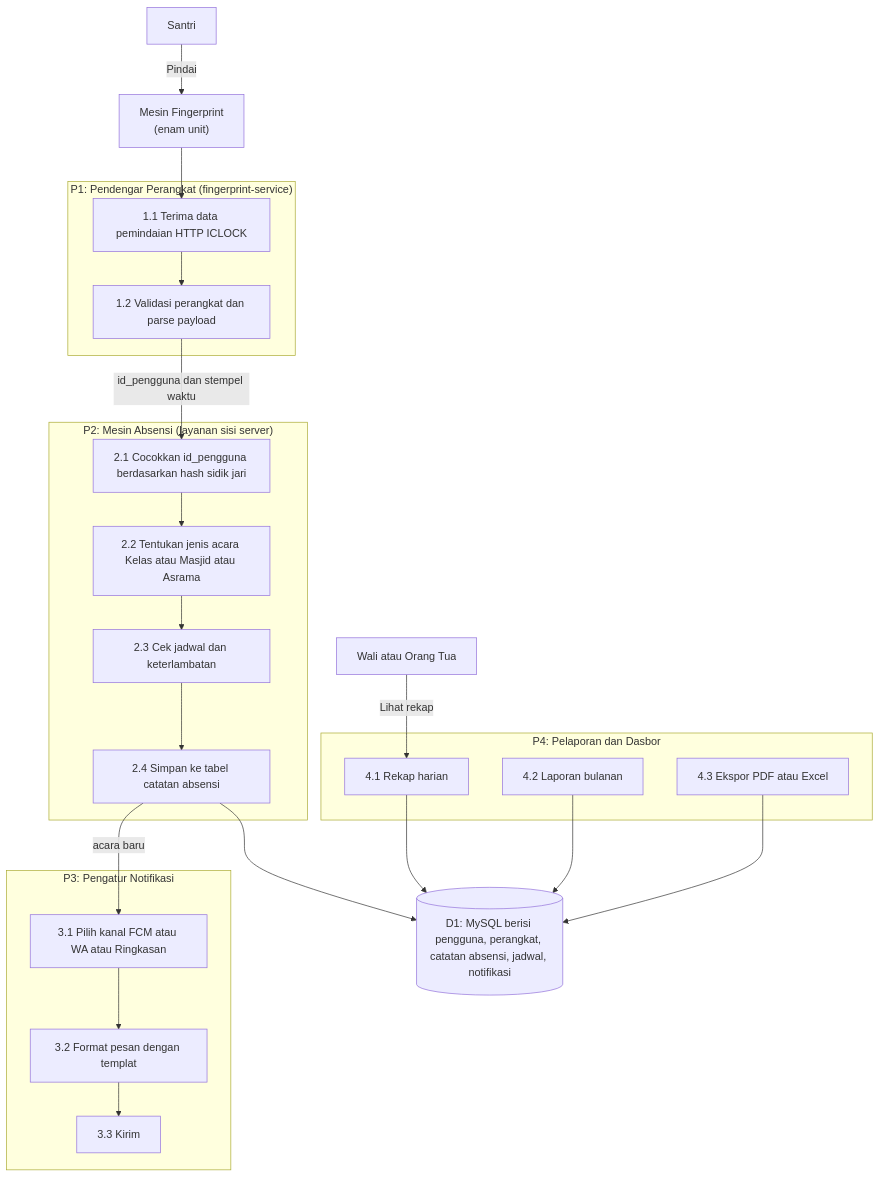
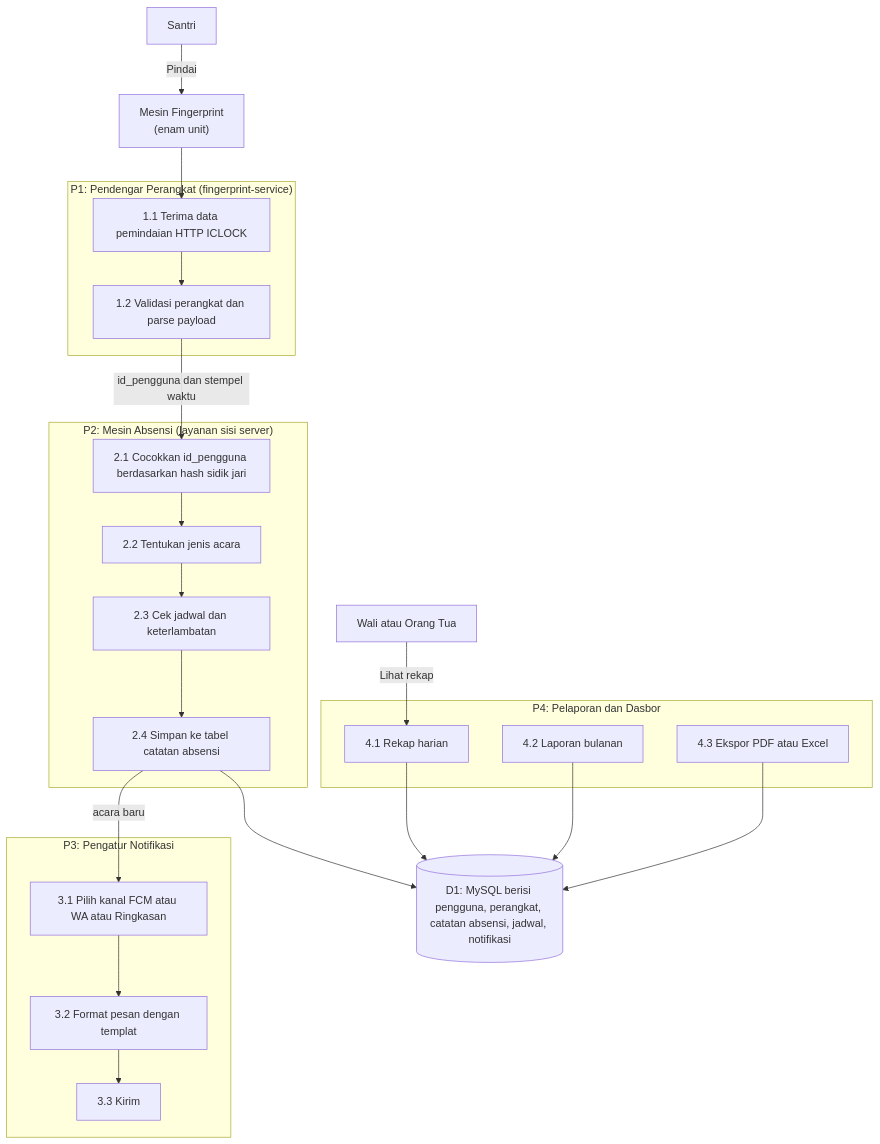
Before and after one commit to RaiKanaeru/ai-agents-vault: the second of 6 diagrams in 20-Projects/01-absensi-finger/02-SYSTEM-DIAGRAMS.md, drawn with Mermaid. The commit also changed other lines of this file and 4 other files, not shown here.

````diff
--- a/20-Projects/01-absensi-finger/02-SYSTEM-DIAGRAMS.md
+++ b/20-Projects/01-absensi-finger/02-SYSTEM-DIAGRAMS.md
@@ -57,50 +57,50 @@
 ```mermaid
 flowchart TB
     FP["Mesin Fingerprint<br/>(enam unit)"]
     Santri["Santri"]
     Wali["Wali atau Orang Tua"]
 
     subgraph S1["P1: Pendengar Perangkat (fingerprint-service)"]
         P1a["1.1 Terima data pemindaian HTTP ICLOCK"]
         P1b["1.2 Validasi perangkat dan parse payload"]
     end
 
     subgraph S2["P2: Mesin Absensi (layanan sisi server)"]
         P2a["2.1 Cocokkan id_pengguna berdasarkan hash sidik jari"]
-        P2b["2.2 Tentukan jenis acara Kelas atau Masjid atau Asrama"]
+        P2b["2.2 Tentukan jenis acara"]
         P2c["2.3 Cek jadwal dan keterlambatan"]
         P2d["2.4 Simpan ke tabel catatan absensi"]
     end
 
     subgraph S3["P3: Pengatur Notifikasi"]
         P3a["3.1 Pilih kanal FCM atau WA atau Ringkasan"]
         P3b["3.2 Format pesan dengan templat"]
         P3c["3.3 Kirim"]
     end
 
     subgraph S4["P4: Pelaporan dan Dasbor"]
         P4a["4.1 Rekap harian"]
         P4b["4.2 Laporan bulanan"]
         P4c["4.3 Ekspor PDF atau Excel"]
     end
 
     DB[("D1: MySQL berisi pengguna, perangkat, catatan absensi, jadwal, notifikasi")]
 
     FP --> P1a
     P1a --> P1b
     P1b -->|"id_pengguna dan stempel waktu"| P2a
     P2a --> P2b
     P2b --> P2c
     P2c --> P2d
     P2d --> DB
 
     P2d -->|"acara baru"| P3a
     P3a --> P3b
     P3b --> P3c
 
     Santri -->|"Pindai"| FP
     Wali -->|"Lihat rekap"| P4a
     P4a --> DB
     P4b --> DB
     P4c --> DB
 ```
````
